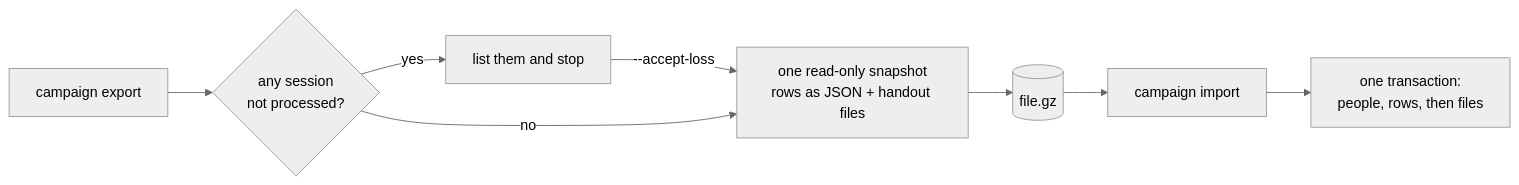
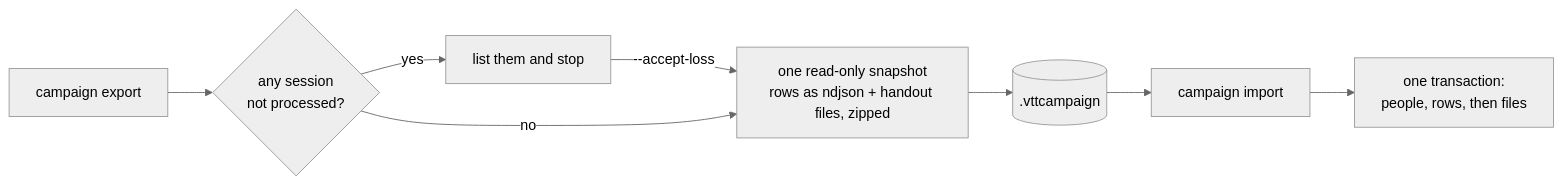
The diagram in docs/architecture/CAMPAIGN-EXPORT.md (AndyProsser/vtt-chat-app), drawn with Mermaid (neutral theme) before and after one commit. The commit also changed other lines of this file and 9 other files, not shown here.

Commit message:
feat(admin): campaign export is a .vttcampaign zip (fflate): manifest, ndjson tables, handout files stored as they are

````diff
--- a/docs/architecture/CAMPAIGN-EXPORT.md
+++ b/docs/architecture/CAMPAIGN-EXPORT.md
@@ -24,10 +35,10 @@
 ```mermaid
 flowchart LR
   A[campaign export] --> B{any session<br/>not processed?}
   B -- yes --> C[list them and stop]
   C -- "--accept-loss" --> D
-  B -- no --> D[one read-only snapshot<br/>rows as JSON + handout files]
-  D --> E[(file.gz)]
+  B -- no --> D[one read-only snapshot<br/>rows as ndjson + handout files, zipped]
+  D --> E[(.vttcampaign)]
   E --> F[campaign import]
   F --> G[one transaction:<br/>people, rows, then files]
 ```
````
